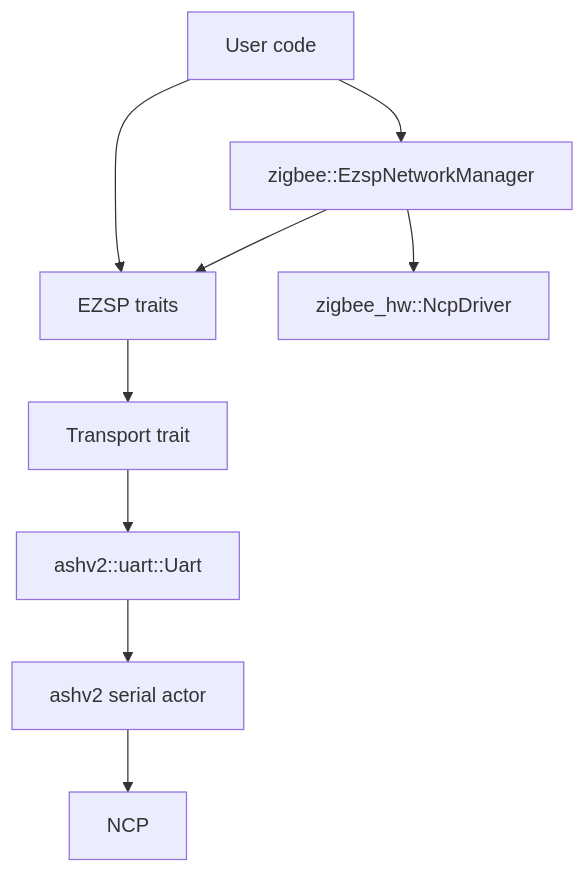
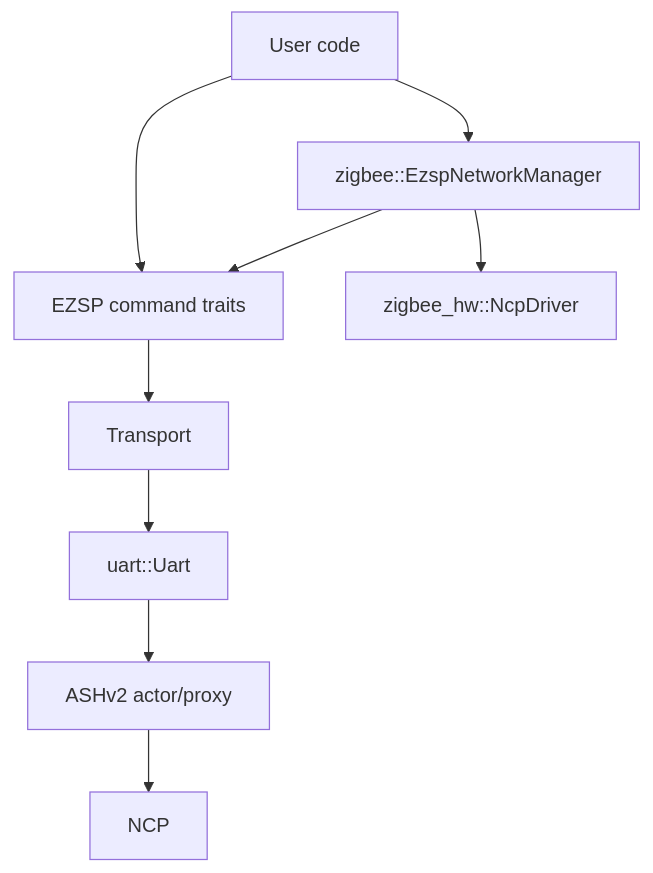
One commit to PaulmannLighting/ezsp changed the diagram in ARCHITECTURE.md. Above: the diagram before and after it, drawn with Mermaid. The commit also changed other lines of this file and 1 other file, not shown here.

````diff
--- a/ARCHITECTURE.md
+++ b/ARCHITECTURE.md
@@ -22,12 +23,12 @@
 ```mermaid
 flowchart TD
-    A[User code] --> B[EZSP traits]
-    B --> C[Transport trait]
-    C --> D[ashv2::uart::Uart]
-    D --> E[ashv2 serial actor]
+    A[User code] --> B[EZSP command traits]
+    B --> C[Transport]
+    C --> D[uart::Uart]
+    D --> E[ASHv2 actor/proxy]
     E --> F[NCP]
 
     A --> G[zigbee::EzspNetworkManager]
     G --> B
     G --> H[zigbee_hw::NcpDriver]
 ```
````
